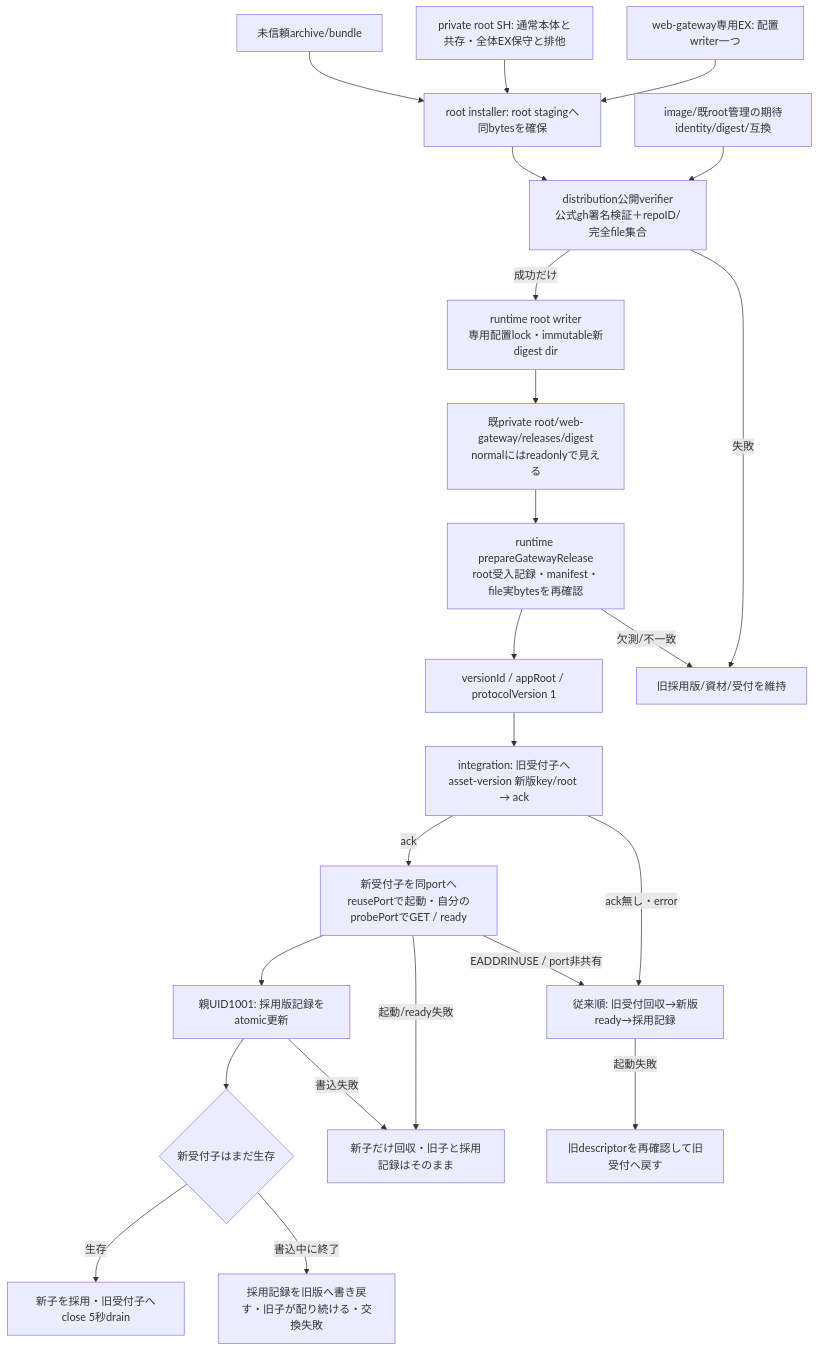
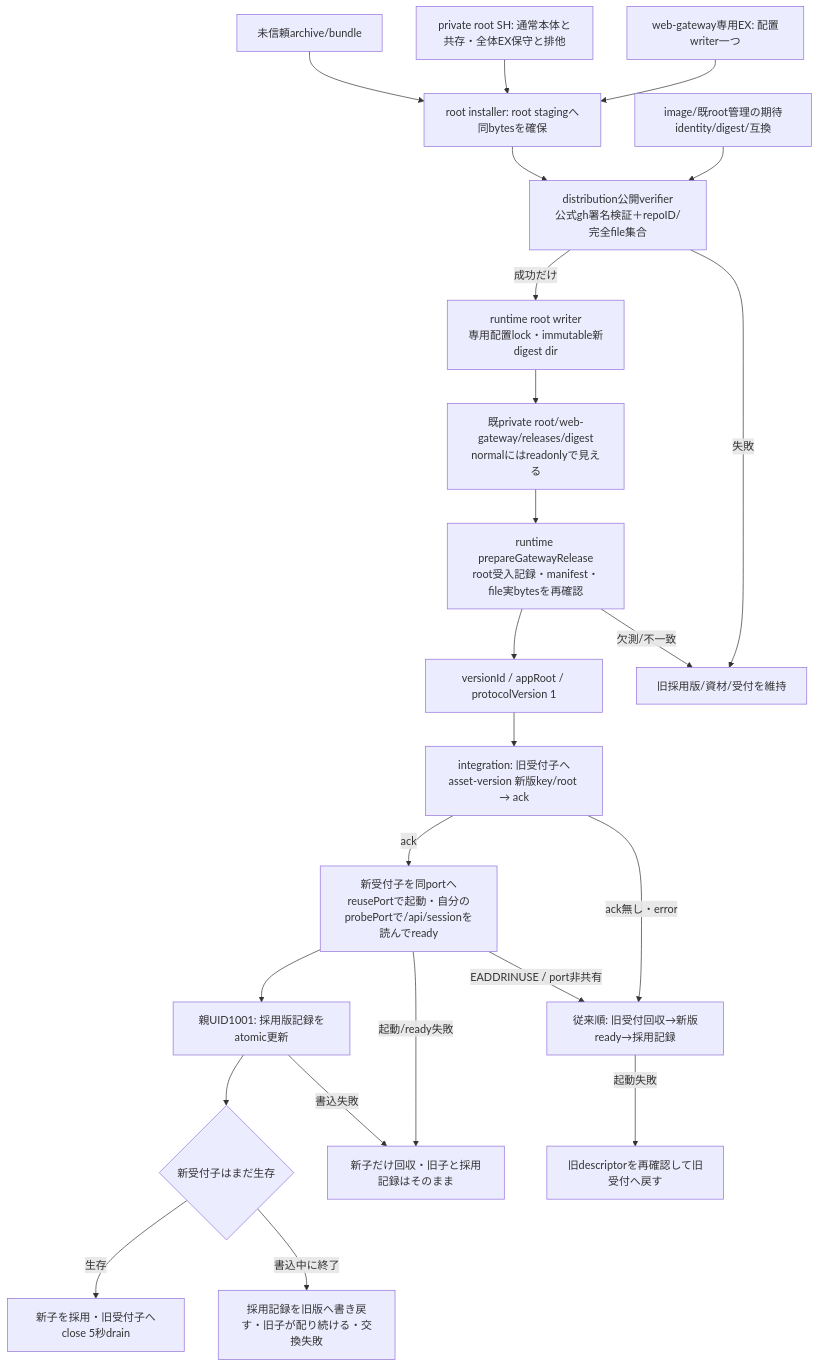
The first of 3 diagrams in docs/architecture/modules/runtime/web-gateway-release.md (kitepon/BellTeam), drawn with Mermaid before and after one commit. The commit also changed 192 other files, not shown here.

````diff
--- a/docs/architecture/modules/runtime/web-gateway-release.md
+++ b/docs/architecture/modules/runtime/web-gateway-release.md
@@ -5,25 +5,25 @@
 ```mermaid
 flowchart TD
   Untrusted[未信頼archive/bundle] --> Snapshot[root installer: root stagingへ同bytesを確保]
   Policy[image/既root管理の期待identity/digest/互換] --> Verify[distribution公開verifier<br/>公式gh署名検証＋repoID/完全file集合]
   Snapshot --> Verify
   Shared[private root SH: 通常本体と共存・全体EX保守と排他] --> Snapshot
   Component[web-gateway専用EX: 配置writer一つ] --> Snapshot
   Verify -->|成功だけ| Place[runtime root writer<br/>専用配置lock・immutable新digest dir]
   Place --> Store[既private root/web-gateway/releases/digest<br/>normalにはreadonlyで見える]
   Store --> Prepare[runtime prepareGatewayRelease<br/>root受入記録・manifest・file実bytesを再確認]
   Prepare --> Descriptor[versionId / appRoot / protocolVersion 1]
   Descriptor --> Share[integration: 旧受付子へasset-version 新版key/root → ack]
-  Share -->|ack| Ready[新受付子を同portへreusePortで起動・自分のprobePortでGET / ready]
+  Share -->|ack| Ready[新受付子を同portへreusePortで起動・自分のprobePortで/api/sessionを読んでready]
   Ready --> Adopt[親UID1001: 採用版記録をatomic更新]
   Adopt --> Alive{新受付子はまだ生存}
   Alive -->|生存| Commit[新子を採用・旧受付子へclose 5秒drain]
   Alive -->|書込中に終了| Restore[採用記録を旧版へ書き戻す・旧子が配り続ける・交換失敗]
   Ready -->|起動/ready失敗| KeepOld[新子だけ回収・旧子と採用記録はそのまま]
   Adopt -->|書込失敗| KeepOld
   Share -->|ack無し・error| Fallback[従来順: 旧受付回収→新版ready→採用記録]
   Ready -->|EADDRINUSE / port非共有| Fallback
   Fallback -->|起動失敗| Previous[旧descriptorを再確認して旧受付へ戻す]
   Verify -->|失敗| Keep[旧採用版/資材/受付を維持]
   Prepare -->|欠測/不一致| Keep
 ```
````
